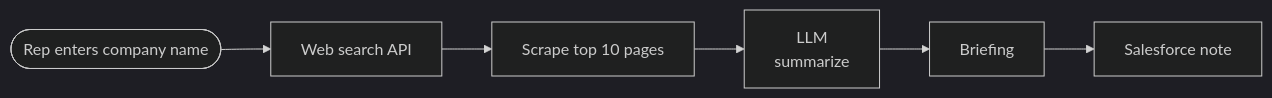
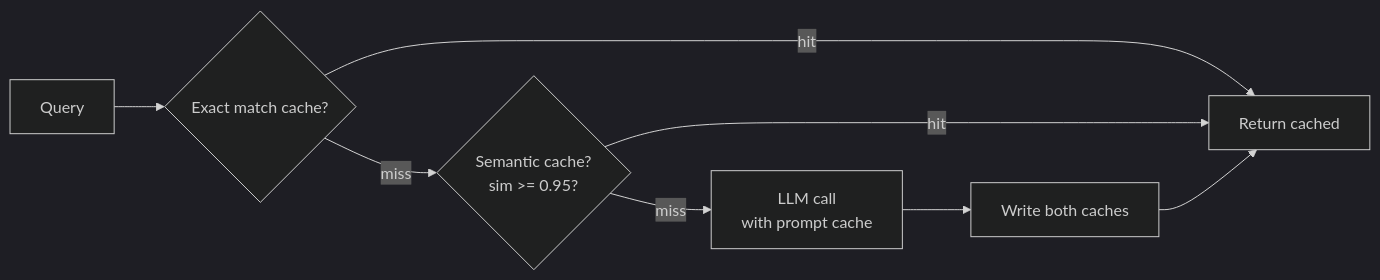
One commit to PranavMotarwar/Urban-Policy-Advisor-LLM changed diagram 11 of 48 in SYSTEM_DESIGN_PREP.md. Above: the diagram before and after it, drawn with Mermaid (dark theme). The commit also changed other lines of this file, not shown here.

````diff
--- a/SYSTEM_DESIGN_PREP.md
+++ b/SYSTEM_DESIGN_PREP.md
@@ -1785,8 +837,10 @@
 ```mermaid
 flowchart LR
-    Rep([Rep enters company name]) --> Search[Web search API]
-    Search --> Scrape[Scrape top 10 pages]
-    Scrape --> LLM[LLM<br/>summarize]
-    LLM --> Brief[Briefing]
-    Brief --> SF[Salesforce note]
+    Q[Query] --> Exact{Exact match cache?}
+    Exact -->|hit| Out[Return cached]
+    Exact -->|miss| Sem{Semantic cache?<br/>sim >= 0.95?}
+    Sem -->|hit| Out
+    Sem -->|miss| LLM[LLM call<br/>with prompt cache]
+    LLM --> Write[Write both caches]
+    Write --> Out
 ```
````
